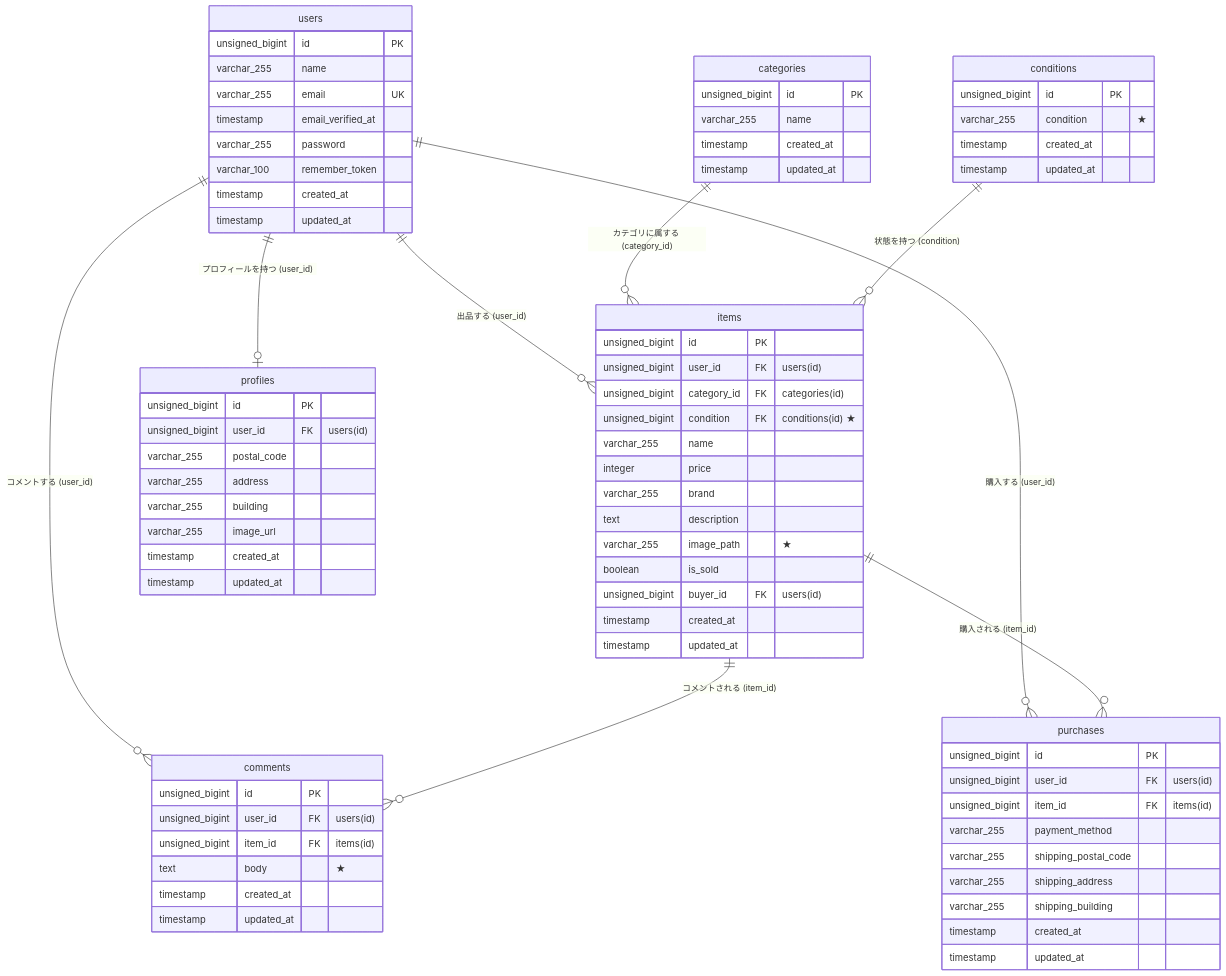
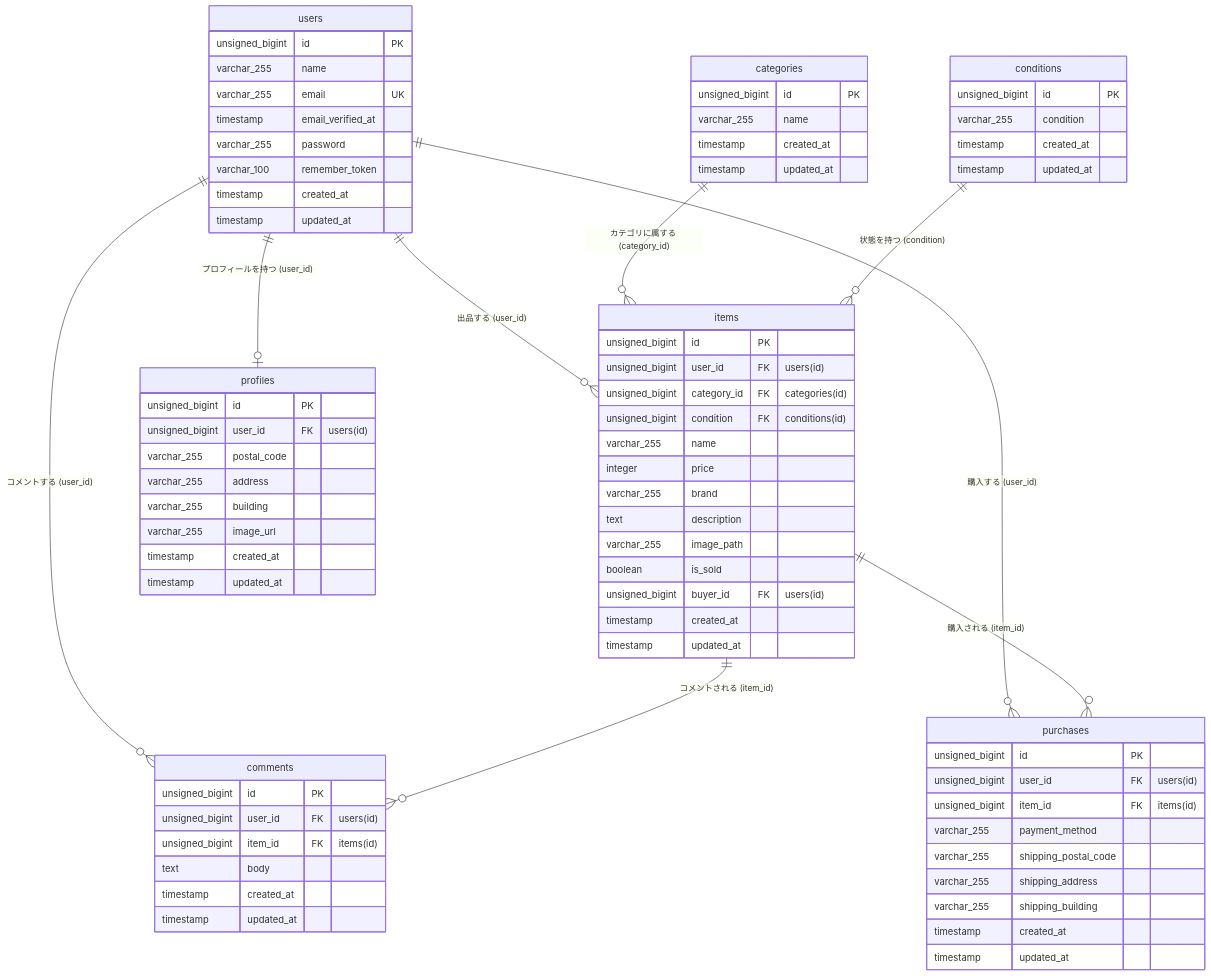
The diagram in README.md (misudakei-collab/test.2), drawn with Mermaid before and after one commit.

```diff
--- a/README.md
+++ b/README.md
@@ -164,12 +164,12 @@
         unsigned_bigint id PK
         unsigned_bigint user_id FK "users(id)"
         unsigned_bigint category_id FK "categories(id)"
-        unsigned_bigint condition FK "conditions(id) ★"
+        unsigned_bigint condition FK "conditions(id)"
         varchar_255 name
         integer price
         varchar_255 brand
         text description
-        varchar_255 image_path "★"
+        varchar_255 image_path
         boolean is_sold
         unsigned_bigint buyer_id FK "users(id)"
         timestamp created_at
@@ -185,7 +185,7 @@
 
     conditions {
         unsigned_bigint id PK
-        varchar_255 condition "★"
+        varchar_255 condition
         timestamp created_at
         timestamp updated_at
     }
@@ -194,7 +194,7 @@
         unsigned_bigint id PK
         unsigned_bigint user_id FK "users(id)"
         unsigned_bigint item_id FK "items(id)"
-        text body "★"
+        text body 
         timestamp created_at
         timestamp updated_at
     }
```
